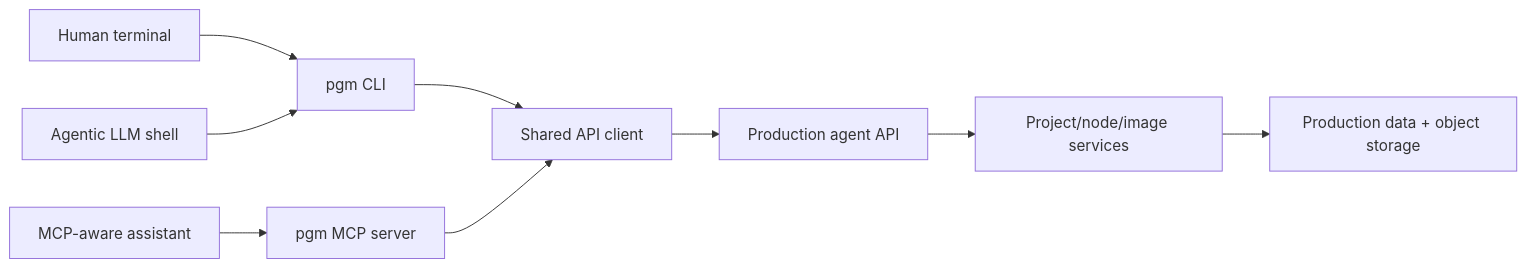
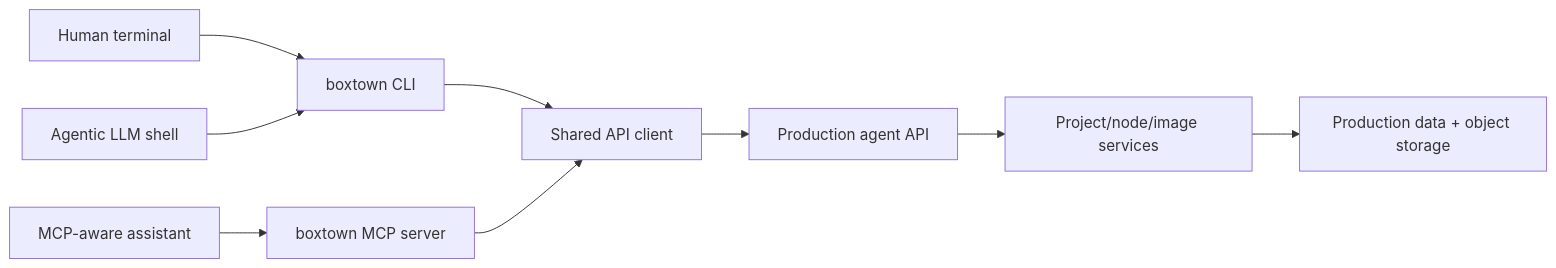
One commit to byronwall/boxtown changed the diagram in docs/agentic-llm-interface.md. Above: the diagram before and after it, drawn with Mermaid. The commit also changed other lines of this file and 331 other files, not shown here.

````diff
--- a/docs/agentic-llm-interface.md
+++ b/docs/agentic-llm-interface.md
@@ -54,11 +54,11 @@
 ```mermaid
 flowchart LR
-  Human["Human terminal"] --> CLI["pgm CLI"]
+  Human["Human terminal"] --> CLI["boxtown CLI"]
   Agent["Agentic LLM shell"] --> CLI
-  Assistant["MCP-aware assistant"] --> MCP["pgm MCP server"]
+  Assistant["MCP-aware assistant"] --> MCP["boxtown MCP server"]
   CLI --> Client["Shared API client"]
   MCP --> Client
   Client --> API["Production agent API"]
   API --> Services["Project/node/image services"]
   Services --> Store["Production data + object storage"]
 ```
````
